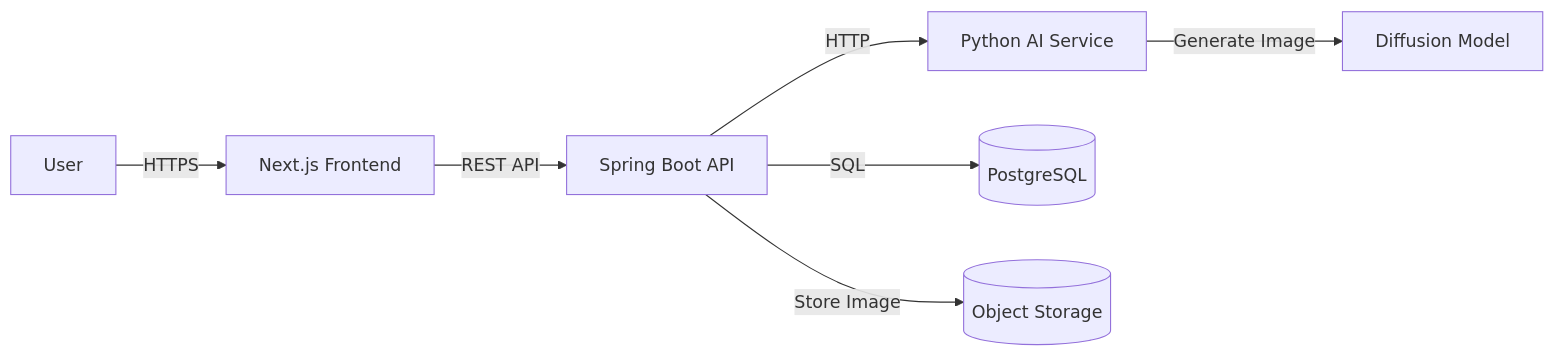
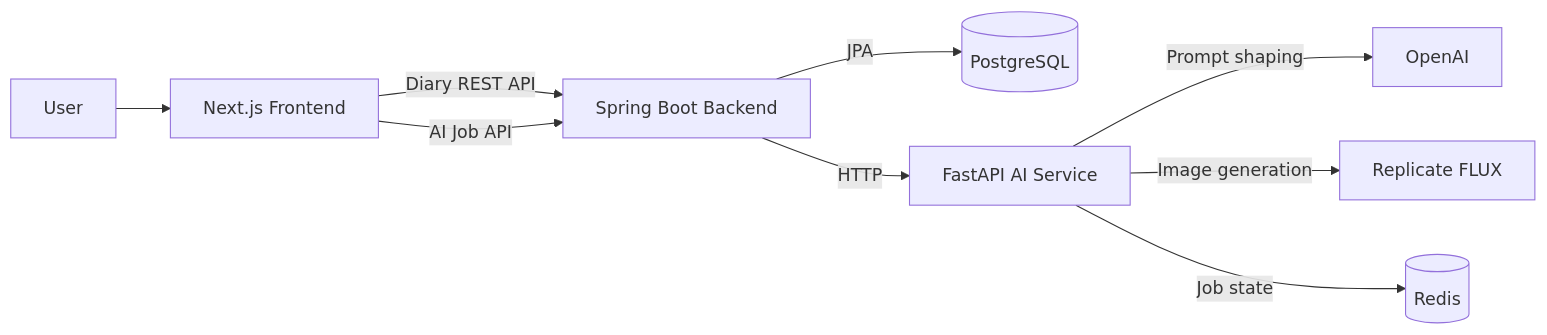
One commit to Jake6654/sketch-my-day changed the diagram in README.md. Above: the diagram before and after it, drawn with Mermaid. The commit also changed other lines of this file and 1 other file, not shown here.

````diff
--- a/README.md
+++ b/README.md
@@ -43,9 +15,11 @@
 ```mermaid
 flowchart LR
-  U[User] -->|HTTPS| FE[Next.js Frontend]
-  FE -->|REST API| BE[Spring Boot API]
-  BE -->|HTTP| AI[Python AI Service]
-  AI -->|Generate Image| DM[Diffusion Model]
-  BE -->|SQL| DB[(PostgreSQL)]
-  BE -->|Store Image| S3[(Object Storage)]
+  U[User] --> FE[Next.js Frontend]
+  FE -->|Diary REST API| BE[Spring Boot Backend]
+  BE -->|JPA| DB[(PostgreSQL)]
+  FE -->|AI Job API| BE
+  BE -->|HTTP| AI[FastAPI AI Service]
+  AI -->|Prompt shaping| LLM[OpenAI]
+  AI -->|Image generation| IMG[Replicate FLUX]
+  AI -->|Job state| R[(Redis)]
 ```
````
